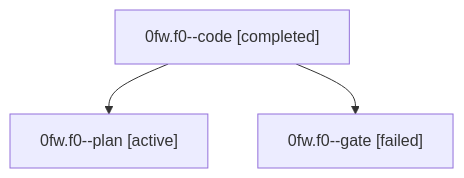
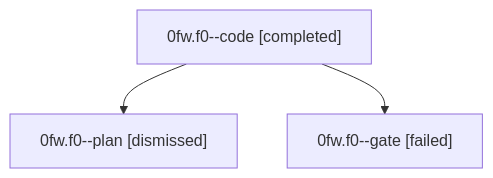
Before and after one commit to bobs-org/bob-cli--agents: the diagram in sessions/bbugyi200.athena.0fw.f0.md, drawn with Mermaid. The commit also changed other lines of this file and 24 other files, not shown here.

````diff
--- a/sessions/bbugyi200.athena.0fw.f0.md
+++ b/sessions/bbugyi200.athena.0fw.f0.md
@@ -9,8 +9,8 @@
 ```mermaid
 flowchart TD
   n0["0fw.f0--code [completed]"]
-  n1["0fw.f0--plan [active]"]
+  n1["0fw.f0--plan [dismissed]"]
   n0 --> n1
   n2["0fw.f0--gate [failed]"]
   n0 --> n2
 ```
````
